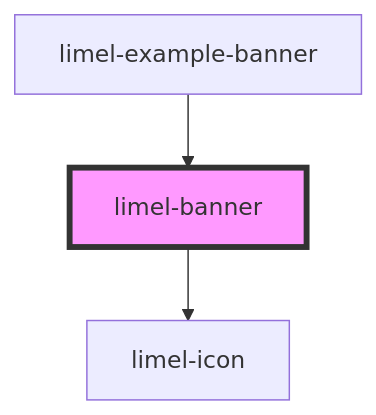
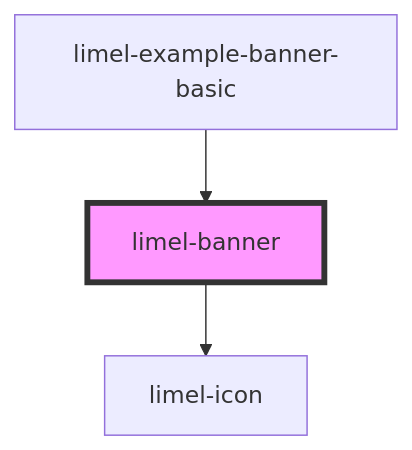
One commit to Lundalogik/lime-elements changed the diagram in versions/PR-3981/markdown-docs/components/banner/readme.md. Above: the diagram before and after it, drawn with Mermaid. The commit also changed other lines of this file and 211 other files, not shown here.

````diff
--- a/versions/PR-3981/markdown-docs/components/banner/readme.md
+++ b/versions/PR-3981/markdown-docs/components/banner/readme.md
@@ -54,6 +54,6 @@
 ```mermaid
 graph TD;
   limel-banner --> limel-icon
-  limel-example-banner --> limel-banner
+  limel-example-banner-basic --> limel-banner
   style limel-banner fill:#f9f,stroke:#333,stroke-width:4px
 ```
````
